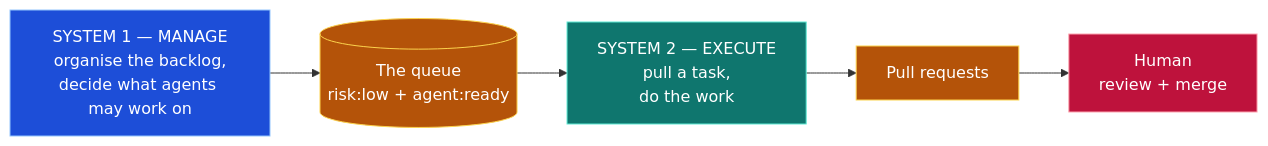
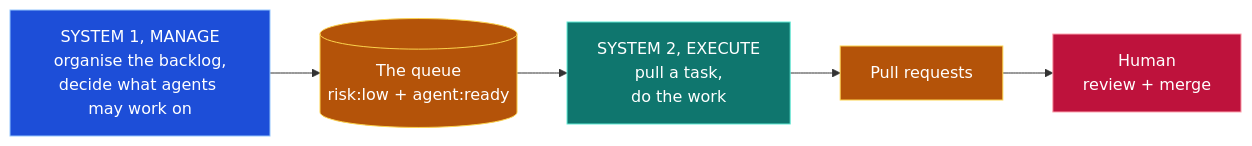
Before and after one commit to owainlewis/youtube-tutorials: the fourth of 8 diagrams in tutorials/loop-engineering/README.md, drawn with Mermaid. The commit also changed other lines of this file, not shown here.

````diff
--- a/tutorials/loop-engineering/README.md
+++ b/tutorials/loop-engineering/README.md
@@ -210,16 +218,16 @@
 ```mermaid
 graph LR
-    S1[SYSTEM 1 — MANAGE<br/>organise the backlog,<br/>decide what agents may work on] --> Q[(The queue<br/>risk:low + agent:ready)]
-    Q --> S2[SYSTEM 2 — EXECUTE<br/>pull a task,<br/>do the work]
+    S1[SYSTEM 1, MANAGE<br/>organise the backlog,<br/>decide what agents may work on] --> Q[(The queue<br/>risk:low + agent:ready)]
+    Q --> S2[SYSTEM 2, EXECUTE<br/>pull a task,<br/>do the work]
     S2 --> PR[Pull requests]
     PR --> H[Human<br/>review + merge]
 
     classDef manager fill:#1d4ed8,stroke:#93c5fd,color:#ffffff
     classDef worker fill:#0f766e,stroke:#5eead4,color:#ffffff
     classDef state fill:#b45309,stroke:#fcd34d,color:#ffffff
     classDef human fill:#be123c,stroke:#fda4af,color:#ffffff
     class S1 manager
     class S2 worker
     class Q,PR state
     class H human
 ```
````
